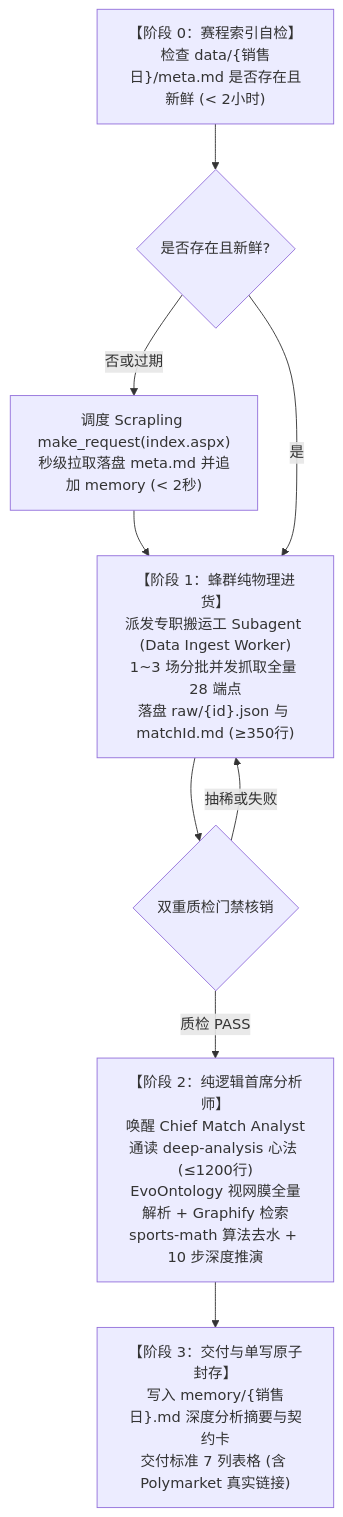
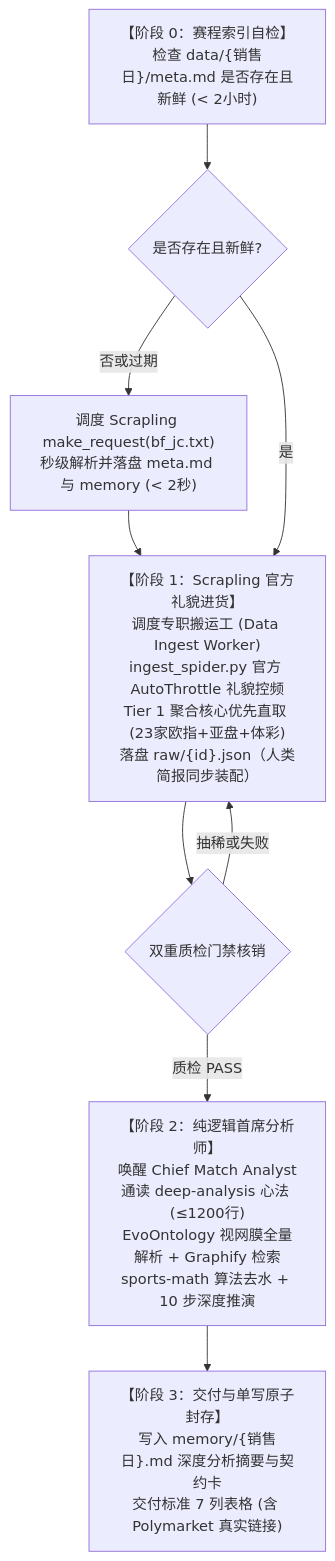
One commit to i0ivi0i/supodds changed the first of 2 diagrams in AGENTS.md. Above: the diagram before and after it, drawn with Mermaid. The commit also changed other lines of this file and 20 other files, not shown here.

First line of the commit message:
﻿feat(scraper): align official scrapling spider autothrottle and eliminate aggressive ingest

````diff
--- a/AGENTS.md
+++ b/AGENTS.md
@@ -130,18 +130,18 @@
 ```mermaid
 flowchart TD
     Z["【阶段 0：赛程索引自检】<br/>检查 data/{销售日}/meta.md 是否存在且新鲜 (< 2小时)"]
     Z_NO{"是否存在且新鲜?"}
-    Z_GET["调度 Scrapling make_request(index.aspx)<br/>秒级拉取落盘 meta.md 并追加 memory (< 2秒)"]
-    P1["【阶段 1：蜂群纯物理进货】<br/>派发专职搬运工 Subagent (Data Ingest Worker)<br/>1~3 场分批并发抓取全量 28 端点<br/>落盘 raw/{id}.json 与 matchId.md (≥350行)"]
+    Z_GET["调度 Scrapling make_request(bf_jc.txt)<br/>秒级解析并落盘 meta.md 与 memory (< 2秒)"]
+    P1["【阶段 1：Scrapling 官方礼貌进货】<br/>调度专职搬运工 (Data Ingest Worker)<br/>ingest_spider.py 官方 AutoThrottle 礼貌控频<br/>Tier 1 聚合核心优先直取 (23家欧指+亚盘+体彩)<br/>落盘 raw/{id}.json（人类简报同步装配）"]
     P1_GATE{"双重质检门禁核销"}
     P2["【阶段 2：纯逻辑首席分析师】<br/>唤醒 Chief Match Analyst<br/>通读 deep-analysis 心法 (≤1200行)<br/>EvoOntology 视网膜全量解析 + Graphify 检索<br/>sports-math 算法去水 + 10 步深度推演"]
     OUT["【阶段 3：交付与单写原子封存】<br/>写入 memory/{销售日}.md 深度分析摘要与契约卡<br/>交付标准 7 列表格 (含 Polymarket 真实链接)"]
 
     Z --> Z_NO
     Z_NO -- 否或过期 --> Z_GET --> P1
     Z_NO -- 是 --> P1
     P1 --> P1_GATE
     P1_GATE -- 质检 PASS --> P2
     P1_GATE -- 抽稀或失败 --> P1
     P2 --> OUT
 ```
````
